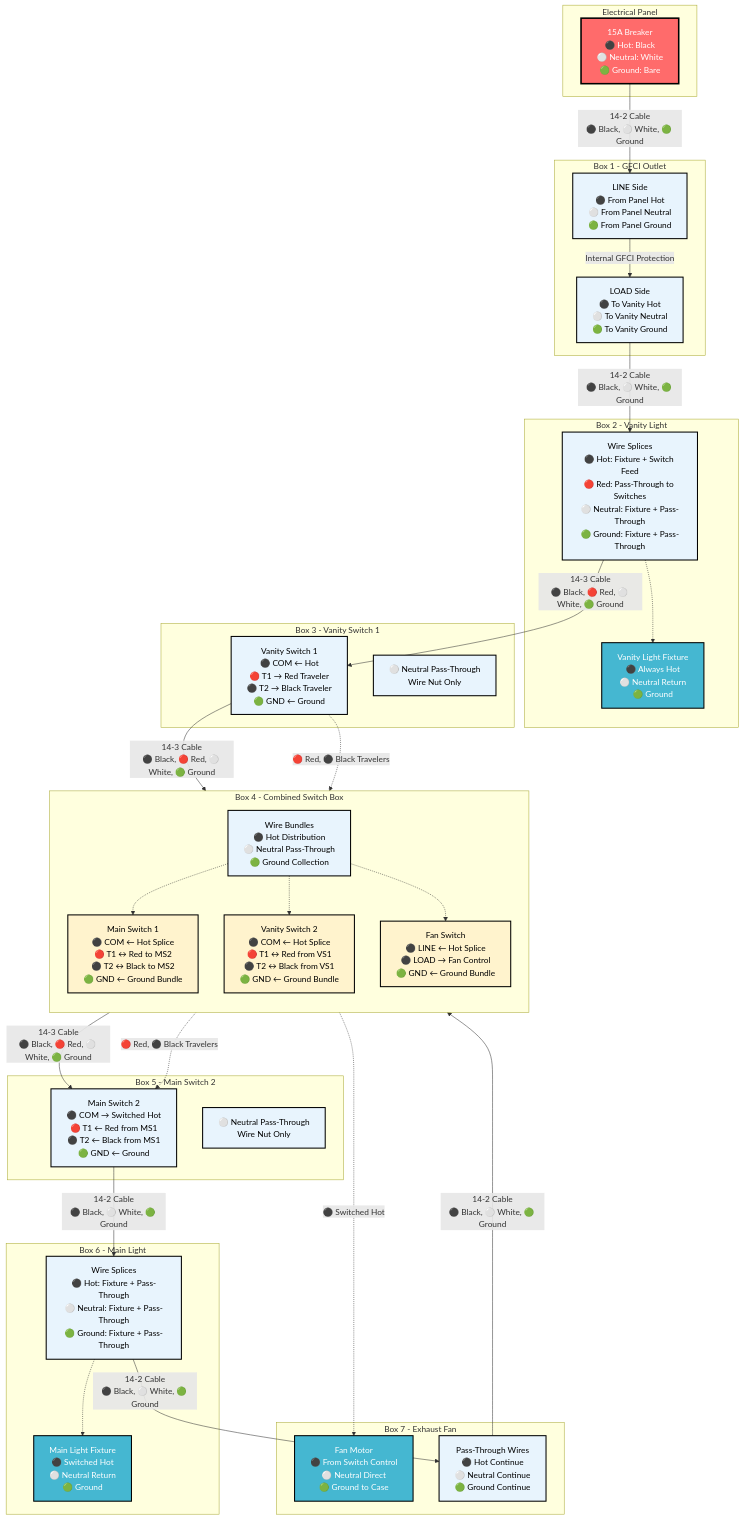
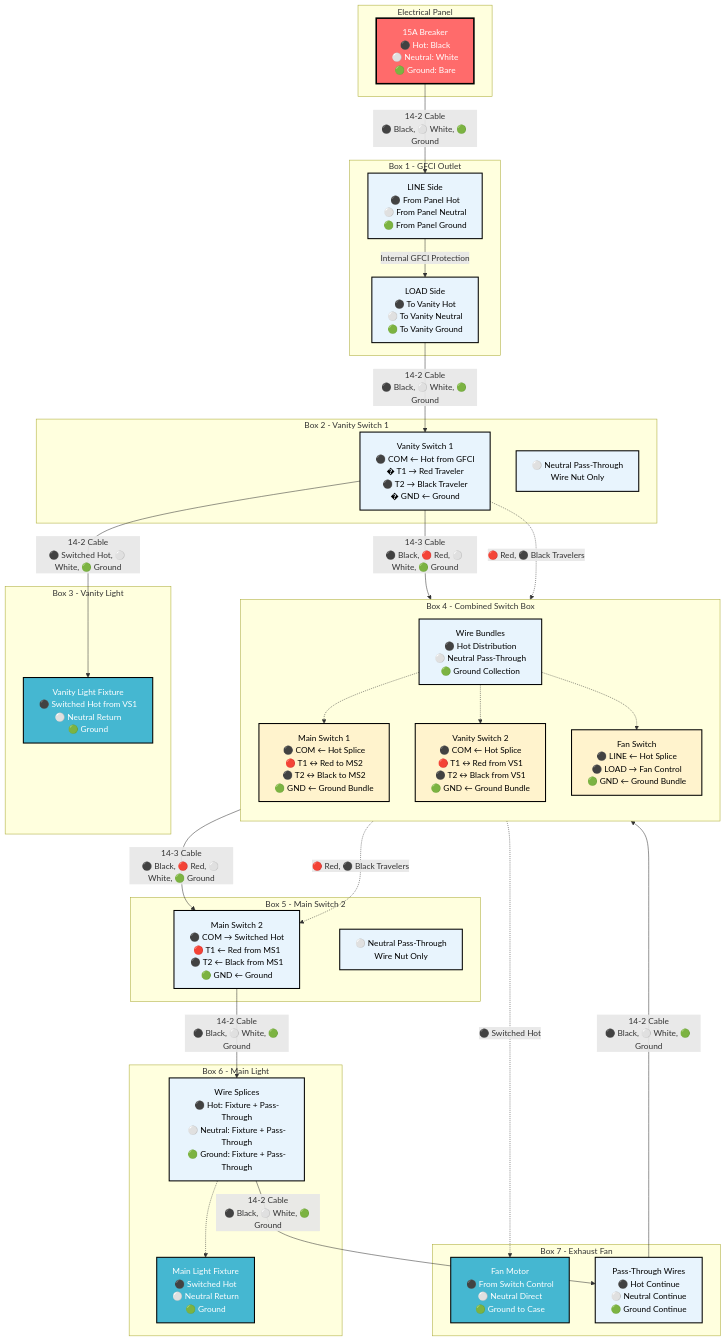
The third of 10 diagrams in diagrams/mermaid-wiring-diagram.md (ticklemycode/electrical-wiring), drawn with Mermaid before and after one commit. The commit also changed other lines of this file and 4 other files, not shown here.

Commit message:
updated flow

````diff
--- a/diagrams/mermaid-wiring-diagram.md
+++ b/diagrams/mermaid-wiring-diagram.md
@@ -101,78 +101,76 @@
 ```mermaid
 flowchart TD
     subgraph "Electrical Panel"
         PANEL[15A Breaker<br/>⚫ Hot: Black<br/>⚪ Neutral: White<br/>🟢 Ground: Bare]
     end
     
     subgraph "Box 1 - GFCI Outlet"
         GFCI_LINE[LINE Side<br/>⚫ From Panel Hot<br/>⚪ From Panel Neutral<br/>🟢 From Panel Ground]
         GFCI_LOAD[LOAD Side<br/>⚫ To Vanity Hot<br/>⚪ To Vanity Neutral<br/>🟢 To Vanity Ground]
         GFCI_LINE -->|Internal GFCI Protection| GFCI_LOAD
     end
     
-    subgraph "Box 2 - Vanity Light"
-        VL_FIXTURE[Vanity Light Fixture<br/>⚫ Always Hot<br/>⚪ Neutral Return<br/>🟢 Ground]
-        VL_SPLICE[Wire Splices<br/>⚫ Hot: Fixture + Switch Feed<br/>🔴 Red: Pass-Through to Switches<br/>⚪ Neutral: Fixture + Pass-Through<br/>🟢 Ground: Fixture + Pass-Through]
-        VL_SPLICE -.-> VL_FIXTURE
+    subgraph "Box 2 - Vanity Switch 1"
+        VS1_SWITCH[Vanity Switch 1<br/>⚫ COM ← Hot from GFCI<br/>� T1 → Red Traveler<br/>⚫ T2 → Black Traveler<br/>� GND ← Ground]
+        VS1_NEUTRAL[⚪ Neutral Pass-Through<br/>Wire Nut Only]
     end
     
-    subgraph "Box 3 - Vanity Switch 1"
-        VS1_SWITCH[Vanity Switch 1<br/>⚫ COM ← Hot<br/>🔴 T1 → Red Traveler<br/>⚫ T2 → Black Traveler<br/>🟢 GND ← Ground]
-        VS1_NEUTRAL[⚪ Neutral Pass-Through<br/>Wire Nut Only]
+    subgraph "Box 3 - Vanity Light"
+        VL_FIXTURE[Vanity Light Fixture<br/>⚫ Switched Hot from VS1<br/>⚪ Neutral Return<br/>🟢 Ground]
     end
     
     subgraph "Box 4 - Combined Switch Box"
         direction TB
         COMB_MAIN[Main Switch 1<br/>⚫ COM ← Hot Splice<br/>🔴 T1 ↔ Red to MS2<br/>⚫ T2 ↔ Black to MS2<br/>🟢 GND ← Ground Bundle]
         COMB_VANITY[Vanity Switch 2<br/>⚫ COM ← Hot Splice<br/>🔴 T1 ↔ Red from VS1<br/>⚫ T2 ↔ Black from VS1<br/>🟢 GND ← Ground Bundle]
         COMB_FAN[Fan Switch<br/>⚫ LINE ← Hot Splice<br/>⚫ LOAD → Fan Control<br/>🟢 GND ← Ground Bundle]
         COMB_BUNDLES[Wire Bundles<br/>⚫ Hot Distribution<br/>⚪ Neutral Pass-Through<br/>🟢 Ground Collection]
         
         COMB_BUNDLES -.-> COMB_MAIN
         COMB_BUNDLES -.-> COMB_VANITY
         COMB_BUNDLES -.-> COMB_FAN
     end
     
     subgraph "Box 5 - Main Switch 2"
         MS2_SWITCH[Main Switch 2<br/>⚫ COM → Switched Hot<br/>🔴 T1 ← Red from MS1<br/>⚫ T2 ← Black from MS1<br/>🟢 GND ← Ground]
         MS2_NEUTRAL[⚪ Neutral Pass-Through<br/>Wire Nut Only]
     end
     
     subgraph "Box 6 - Main Light"
         ML_FIXTURE[Main Light Fixture<br/>⚫ Switched Hot<br/>⚪ Neutral Return<br/>🟢 Ground]
         ML_SPLICE[Wire Splices<br/>⚫ Hot: Fixture + Pass-Through<br/>⚪ Neutral: Fixture + Pass-Through<br/>🟢 Ground: Fixture + Pass-Through]
         ML_SPLICE -.-> ML_FIXTURE
     end
     
     subgraph "Box 7 - Exhaust Fan"
         FAN_MOTOR[Fan Motor<br/>⚫ From Switch Control<br/>⚪ Neutral Direct<br/>🟢 Ground to Case]
         FAN_PASS[Pass-Through Wires<br/>⚫ Hot Continue<br/>⚪ Neutral Continue<br/>🟢 Ground Continue]
     end
     
     %% Cable Connections with Wire Colors
     PANEL -->|14-2 Cable<br/>⚫ Black, ⚪ White, 🟢 Ground| GFCI_LINE
-    GFCI_LOAD -->|14-2 Cable<br/>⚫ Black, ⚪ White, 🟢 Ground| VL_SPLICE
-    VL_SPLICE -->|14-3 Cable<br/>⚫ Black, 🔴 Red, ⚪ White, 🟢 Ground| VS1_SWITCH
+    GFCI_LOAD -->|14-2 Cable<br/>⚫ Black, ⚪ White, 🟢 Ground| VS1_SWITCH
+    VS1_SWITCH -->|14-2 Cable<br/>⚫ Switched Hot, ⚪ White, 🟢 Ground| VL_FIXTURE
     VS1_SWITCH -->|14-3 Cable<br/>⚫ Black, 🔴 Red, ⚪ White, 🟢 Ground| COMB_BUNDLES
     COMB_BUNDLES -->|14-3 Cable<br/>⚫ Black, 🔴 Red, ⚪ White, 🟢 Ground| MS2_SWITCH
     MS2_SWITCH -->|14-2 Cable<br/>⚫ Black, ⚪ White, 🟢 Ground| ML_SPLICE
     ML_SPLICE -->|14-2 Cable<br/>⚫ Black, ⚪ White, 🟢 Ground| FAN_PASS
     FAN_PASS -->|14-2 Cable<br/>⚫ Black, ⚪ White, 🟢 Ground| COMB_BUNDLES
     
     %% Control Wires
     COMB_FAN -.->|⚫ Switched Hot| FAN_MOTOR
     
     %% Traveler Connections
     VS1_SWITCH -.->|🔴 Red, ⚫ Black Travelers| COMB_VANITY
     COMB_MAIN -.->|🔴 Red, ⚫ Black Travelers| MS2_SWITCH
     
     classDef panelStyle fill:#ff6b6b,stroke:#000,stroke-width:3px,color:#fff
     classDef boxStyle fill:#e8f4fd,stroke:#000,stroke-width:2px,color:#000
     classDef deviceStyle fill:#fff3cd,stroke:#000,stroke-width:2px,color:#000
     classDef fixtureStyle fill:#45b7d1,stroke:#000,stroke-width:2px,color:#fff
     
     class PANEL panelStyle
     class GFCI_LINE,GFCI_LOAD,VL_SPLICE,VS1_SWITCH,VS1_NEUTRAL,COMB_BUNDLES,MS2_SWITCH,MS2_NEUTRAL,ML_SPLICE,FAN_PASS boxStyle
     class COMB_MAIN,COMB_VANITY,COMB_FAN deviceStyle
     class VL_FIXTURE,ML_FIXTURE,FAN_MOTOR fixtureStyle
 ```
````
